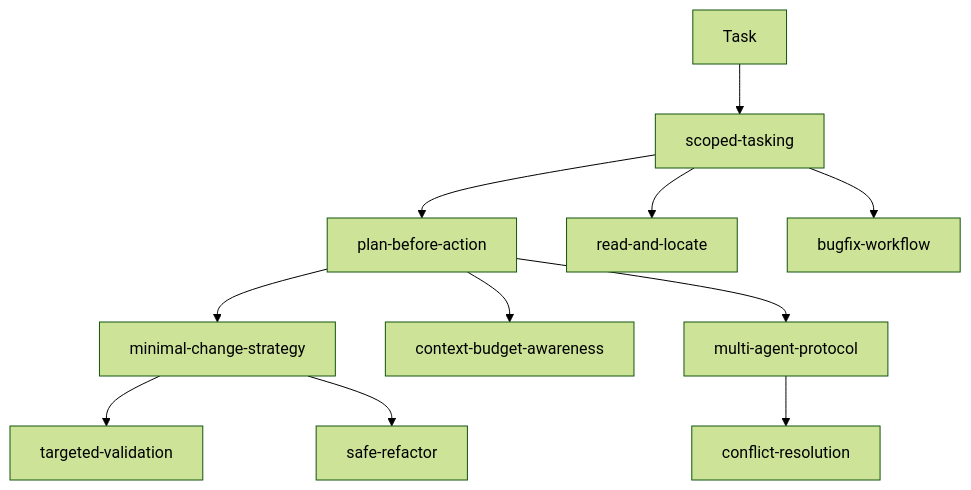
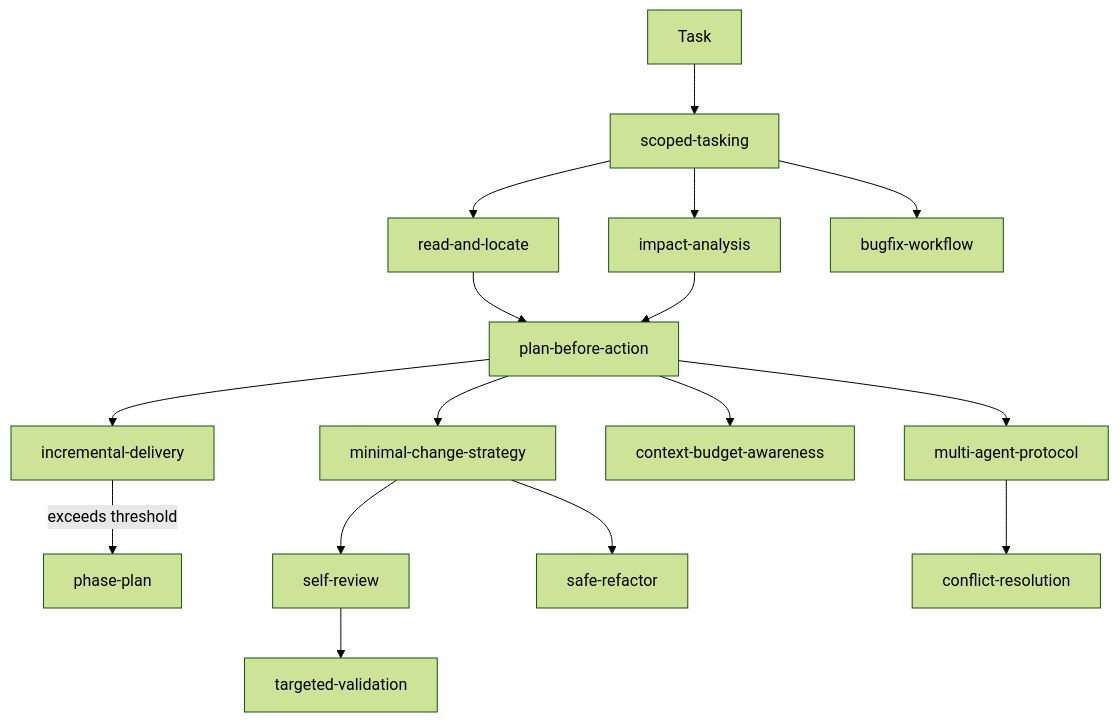
The first of 2 diagrams in README.md (nickdu2009/agent-skills), drawn with Mermaid (forest theme) before and after one commit. The commit also changed other lines of this file and 15 other files, not shown here.

First line of the commit message:
feat: add pre-phase skills for impact analysis, self-review, and incremental delivery

````diff
--- a/README.md
+++ b/README.md
@@ -9,13 +9,18 @@
 ```mermaid
 flowchart TD
     T[Task] --> S[scoped-tasking]
-    S --> P[plan-before-action]
+    S --> R[read-and-locate]
+    S --> IA[impact-analysis]
+    R --> P[plan-before-action]
+    IA --> P
+    P --> ID[incremental-delivery]
+    ID -->|exceeds threshold| PP[phase-plan]
     P --> M[minimal-change-strategy]
-    M --> V[targeted-validation]
+    M --> SR[self-review]
+    SR --> V[targeted-validation]
     P --> C[context-budget-awareness]
-    S --> R[read-and-locate]
     M --> F[safe-refactor]
     S --> B[bugfix-workflow]
     P --> O[multi-agent-protocol]
     O --> X[conflict-resolution]
 ```
````
